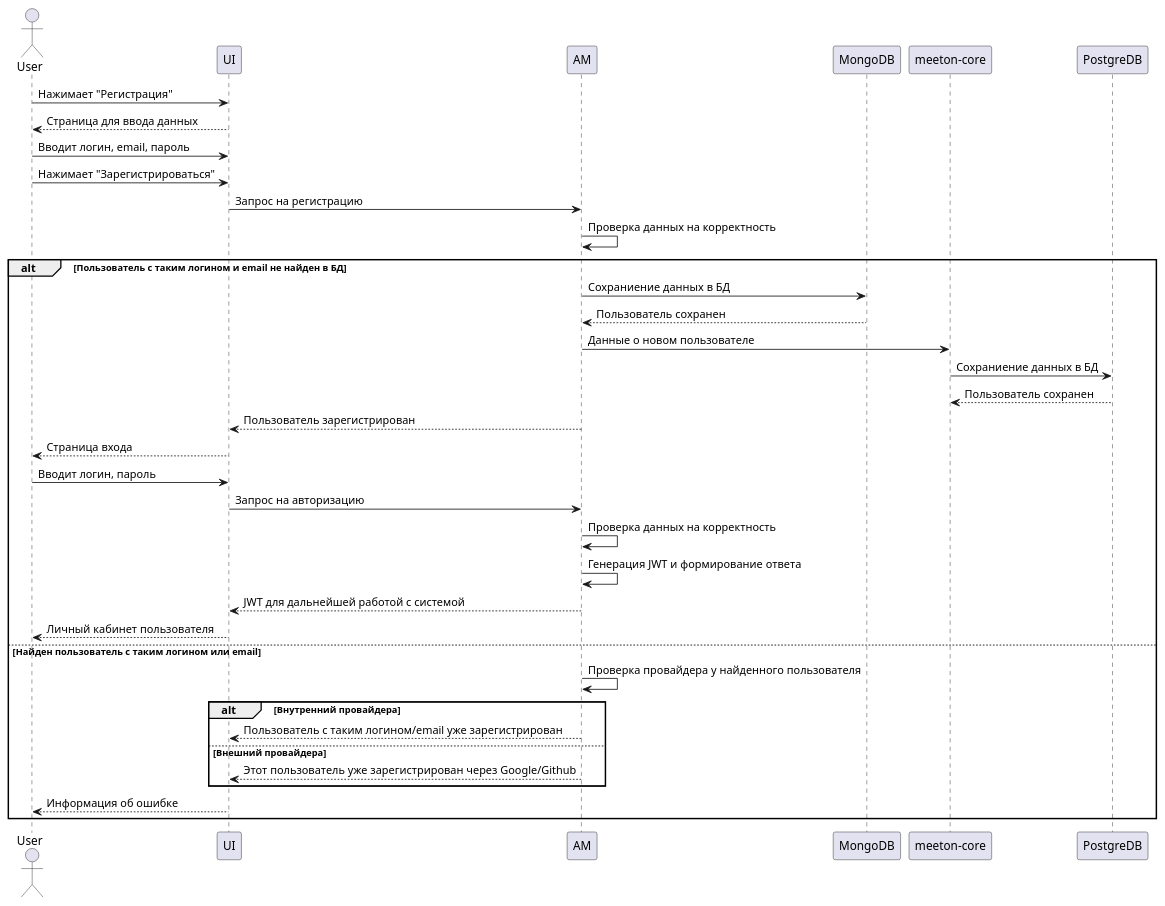
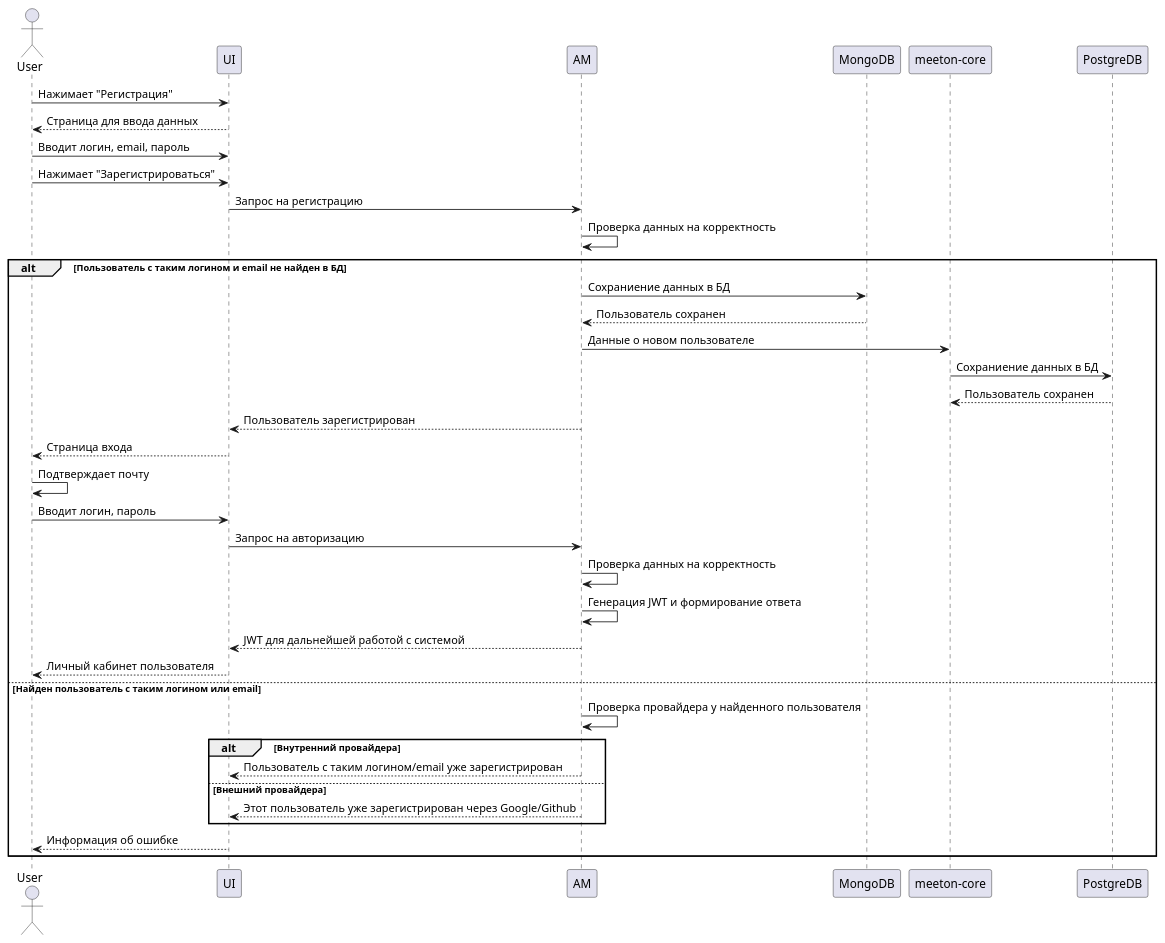
Before and after one commit to Zorgont/meeton-project: the diagram in authentication-manager/docs/internal-authentication.puml, drawn with PlantUML.

Commit message:
Modify diagram

```diff
--- a/authentication-manager/docs/internal-authentication.puml
+++ b/authentication-manager/docs/internal-authentication.puml
@@ -1,35 +1,36 @@
 @startuml
 
 actor User
 
 User -> UI:  Нажимает "Регистрация"
 UI --> User: Страница для ввода данных
 User -> UI:  Вводит логин, email, пароль
 User -> UI:  Нажимает "Зарегистрироваться"
 UI -> AM:    Запрос на регистрацию
 AM -> AM:    Проверка данных на корректность
 alt Пользователь с таким логином и email не найден в БД
     AM -> MongoDB: Сохраниение данных в БД
     MongoDB --> AM: Пользователь сохранен
     AM -> "meeton-core": Данные о новом пользователе
     "meeton-core" -> PostgreDB: Сохраниение данных в БД
     PostgreDB --> "meeton-core": Пользователь сохранен
     AM --> UI:   Пользователь зарегистрирован
     UI --> User: Страница входа
+    User -> User: Подтверждает почту
     User -> UI:  Вводит логин, пароль
     UI -> AM:    Запрос на авторизацию
     AM -> AM:    Проверка данных на корректность
     AM -> AM:    Генерация JWT и формирование ответа
     AM --> UI:   JWT для дальнейшей работой с системой
     UI --> User: Личный кабинет пользователя
 else Найден пользователь с таким логином или email
     AM -> AM: Проверка провайдера у найденного пользователя
     alt Внутренний провайдера
         AM --> UI: Пользователь с таким логином/email уже зарегистрирован
     else Внешний провайдера
         AM --> UI: Этот пользователь уже зарегистрирован через Google/Github
 end
 UI --> User: Информация об ошибке
 
 end
 @enduml
```
